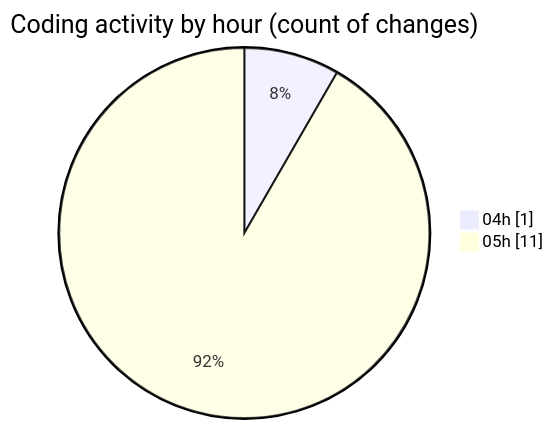
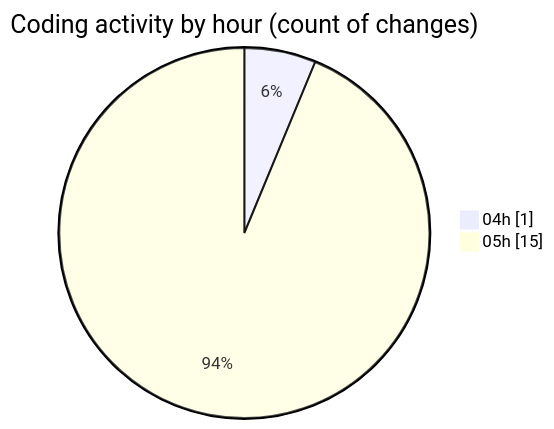
One commit to vahidmafi/code-tracking changed the second of 2 diagrams in 2025-03-24/zeytoon/README.md. Above: the diagram before and after it, drawn with Mermaid. The commit also changed other lines of this file and 1 other file, not shown here.

````diff
--- a/2025-03-24/zeytoon/README.md
+++ b/2025-03-24/zeytoon/README.md
@@ -33,6 +35,6 @@
 ```mermaid
 pie showData
 title Coding activity by hour (count of changes)
 "04h" : 1
-"05h" : 11
+"05h" : 15
 ```
````
